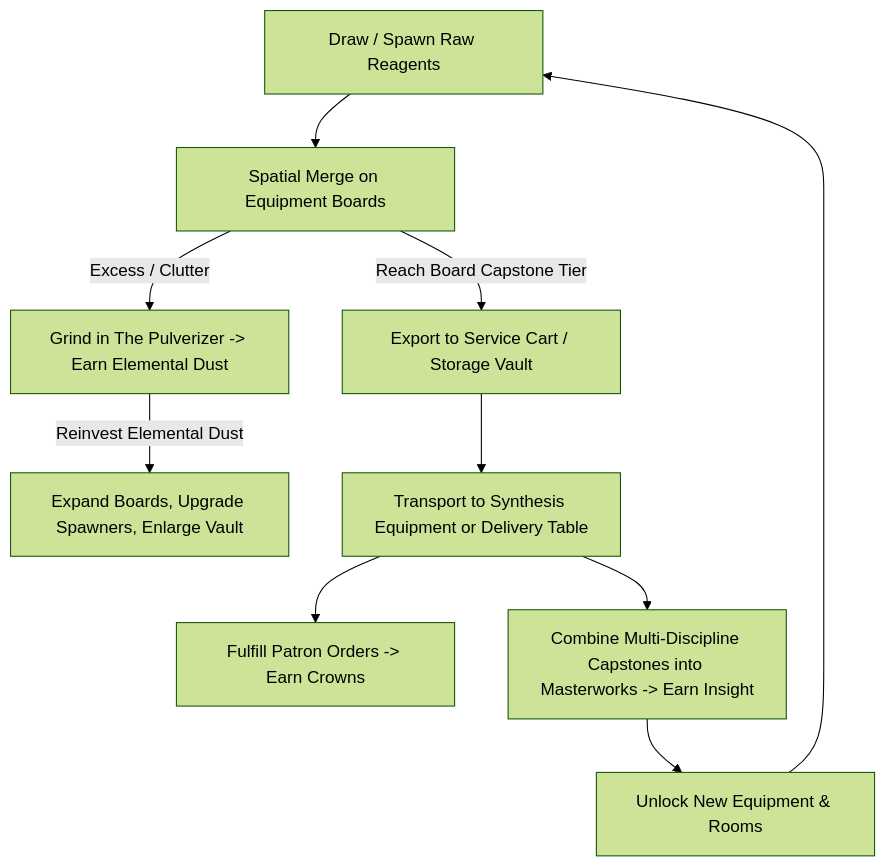
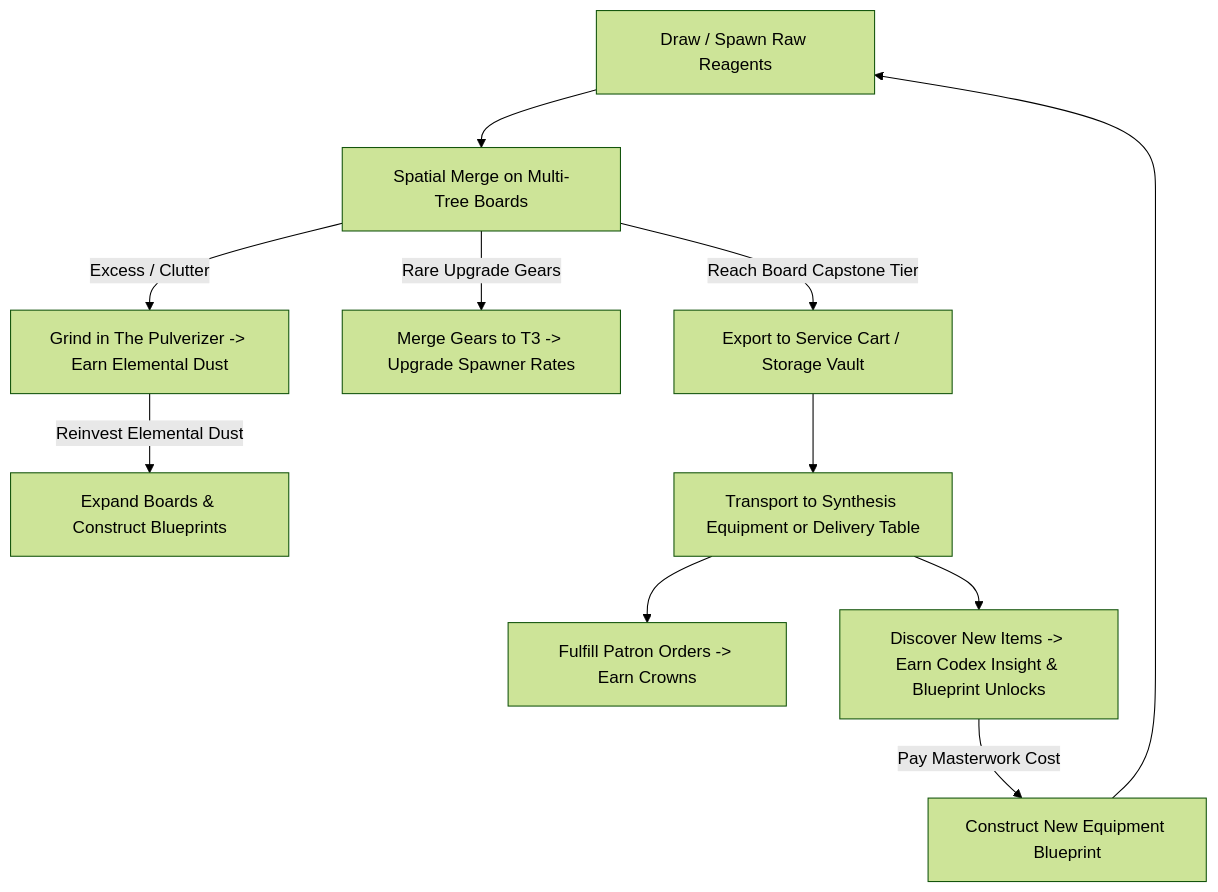
One commit to buchmiller-org/transmute-game changed the diagram in docs/00_OVERVIEW_AND_VISION.md. Above: the diagram before and after it, drawn with Mermaid (forest theme). The commit also changed other lines of this file and 5 other files, not shown here.

````diff
--- a/docs/00_OVERVIEW_AND_VISION.md
+++ b/docs/00_OVERVIEW_AND_VISION.md
@@ -28,12 +28,13 @@
 ```mermaid
 graph TD
-    A[Draw / Spawn Raw Reagents] --> B[Spatial Merge on Equipment Boards]
+    A[Draw / Spawn Raw Reagents] --> B[Spatial Merge on Multi-Tree Boards]
     B -->|Excess / Clutter| C[Grind in The Pulverizer -> Earn Elemental Dust]
-    C -->|Reinvest Elemental Dust| D[Expand Boards, Upgrade Spawners, Enlarge Vault]
-    B -->|Reach Board Capstone Tier| E[Export to Service Cart / Storage Vault]
-    E --> F[Transport to Synthesis Equipment or Delivery Table]
-    F --> G[Fulfill Patron Orders -> Earn Crowns]
-    F --> H[Combine Multi-Discipline Capstones into Masterworks -> Earn Insight]
-    H --> I[Unlock New Equipment & Rooms]
-    I --> A
+    C -->|Reinvest Elemental Dust| D[Expand Boards & Construct Blueprints]
+    B -->|Rare Upgrade Gears| E[Merge Gears to T3 -> Upgrade Spawner Rates]
+    B -->|Reach Board Capstone Tier| F[Export to Service Cart / Storage Vault]
+    F --> G[Transport to Synthesis Equipment or Delivery Table]
+    G --> H[Fulfill Patron Orders -> Earn Crowns]
+    G --> I[Discover New Items -> Earn Codex Insight & Blueprint Unlocks]
+    I -->|Pay Masterwork Cost| J[Construct New Equipment Blueprint]
+    J --> A
 ```
````
